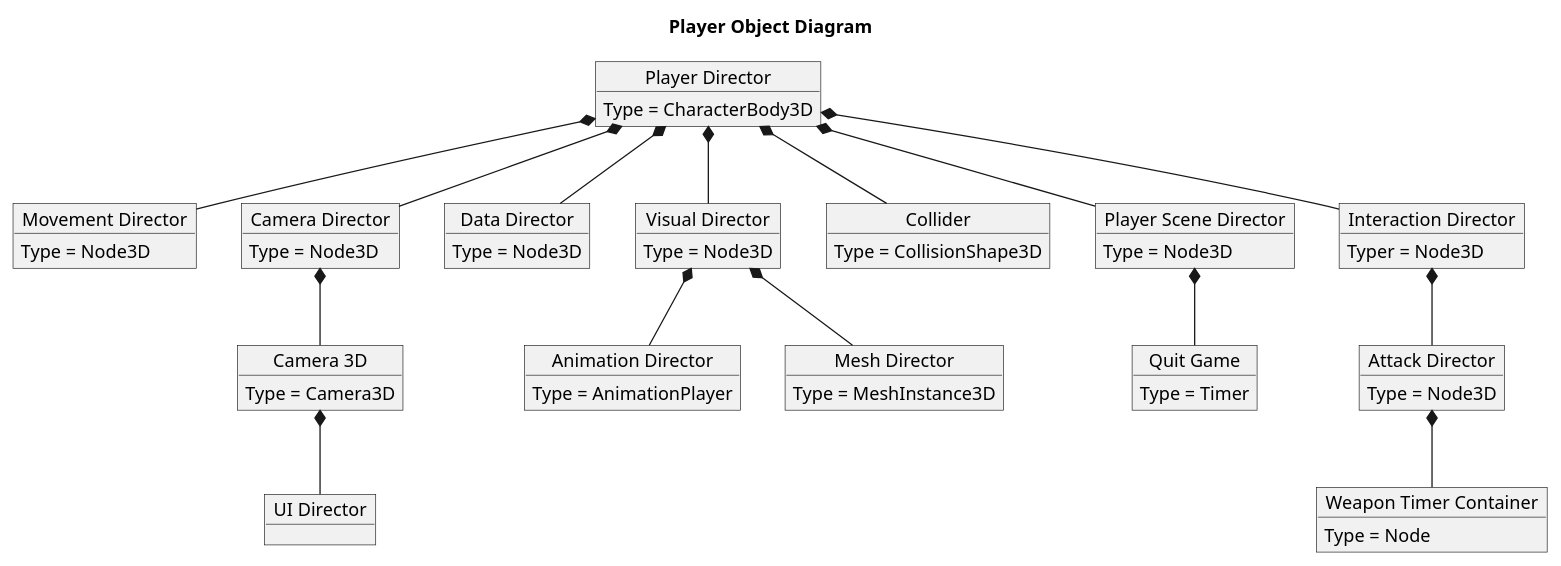
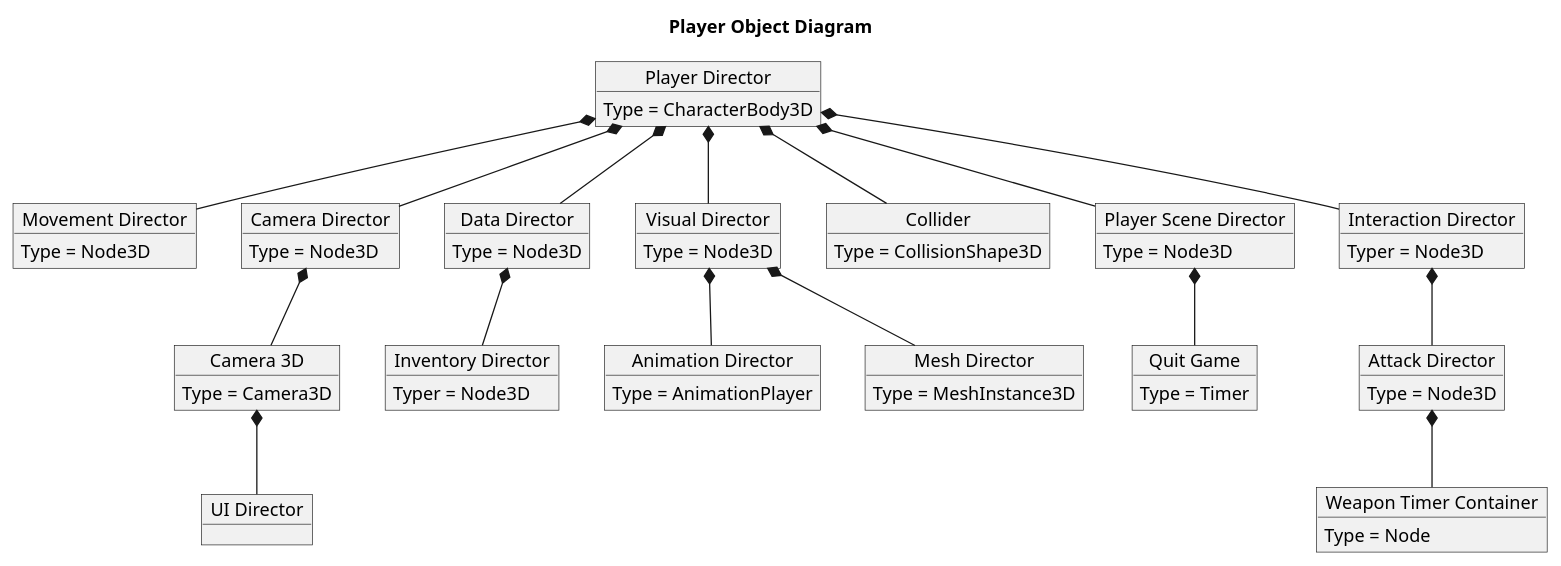
One commit to kjtkanaly/Roguelike-Shoot-Em-Up changed the diagram in Godot-Project/UML-Diagrams/src/Player-Object.puml. Above: the diagram before and after it, drawn with PlantUML. The commit also changed 8 other files, not shown here.

Commit message:
Progress on linking the player attack dir and inventory. Need to work on documenting these chages next session

```diff
--- a/Godot-Project/UML-Diagrams/src/Player-Object.puml
+++ b/Godot-Project/UML-Diagrams/src/Player-Object.puml
@@ -1,52 +1,55 @@
 @startuml Player Object
 
 title Player Object Diagram
 
 object "Player Director" as Player
 
 object "Movement Director" as Movement
 object "Camera Director" as CameraDir
 object "Data Director" as Data
+object "Inventory Director" as InventoryDir
 object "Visual Director" as Visual
 object "Collider" as Collider
 object "Camera 3D" as Camera
 object "UI Director" as UIDir
 object "Animation Director" as Animation
 object "Mesh Director" as Mesh
 object "Player Scene Director" as SceneDir
 object "Quit Game" as QuitTimer
 object "Interaction Director" as InteractionDir
 object "Attack Director" as AttackDir
 object "Weapon Timer Container" as WeaponTimerCont
 
 Player : Type = CharacterBody3D
 Movement : Type = Node3D
 CameraDir : Type = Node3D
 Data : Type = Node3D
+InventoryDir : Typer = Node3D
 Visual : Type = Node3D
 Collider : Type = CollisionShape3D
 Camera : Type = Camera3D
 Animation : Type = AnimationPlayer
 Mesh : Type = MeshInstance3D
 SceneDir : Type = Node3D
 QuitTimer : Type = Timer
 InteractionDir : Typer = Node3D
 AttackDir : Type = Node3D
 WeaponTimerCont : Type = Node
 
 Player *-- Movement
 Player *-- CameraDir
 Player *-- Data
+Data *-- InventoryDir
 Player *-- Visual
 Player *-- Collider
 CameraDir *-- Camera
 Camera *-- UIDir
 Visual *-- Animation
 Visual *-- Mesh
 Player *-- SceneDir
 SceneDir *-- QuitTimer
 Player *-- InteractionDir
 InteractionDir *-- AttackDir
 AttackDir *-- WeaponTimerCont
 
 @enduml
```
